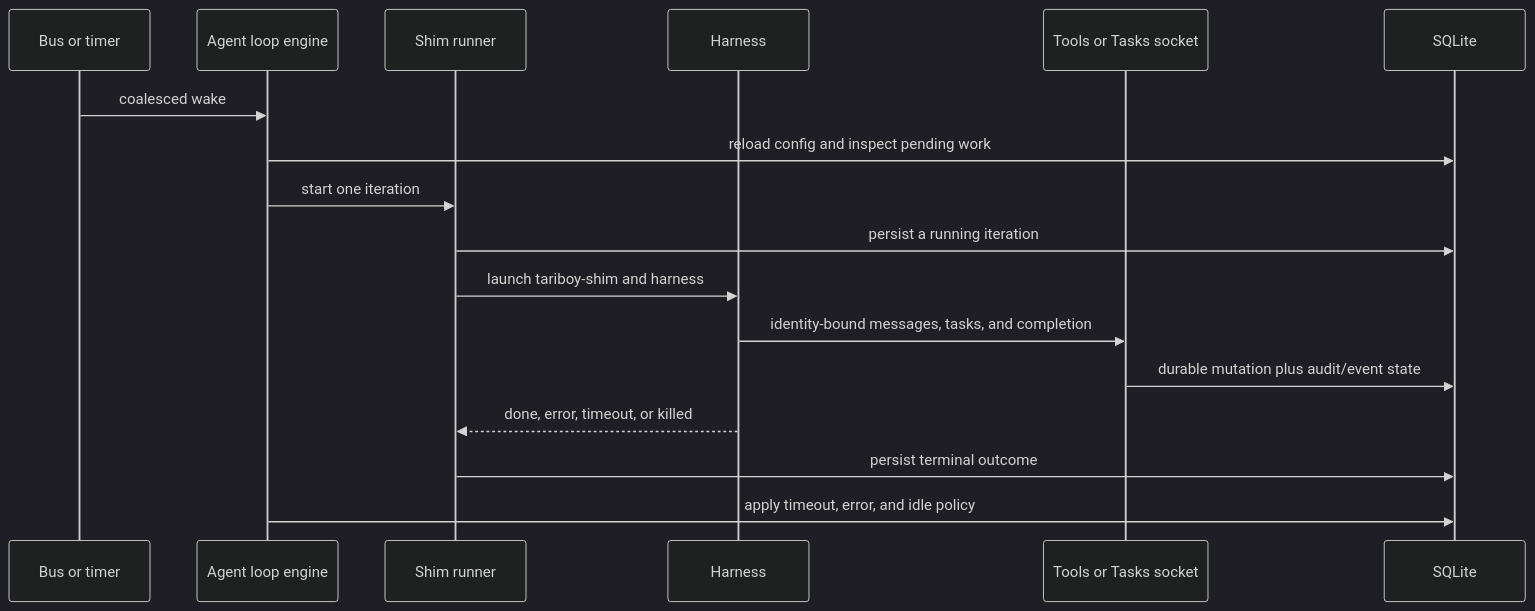
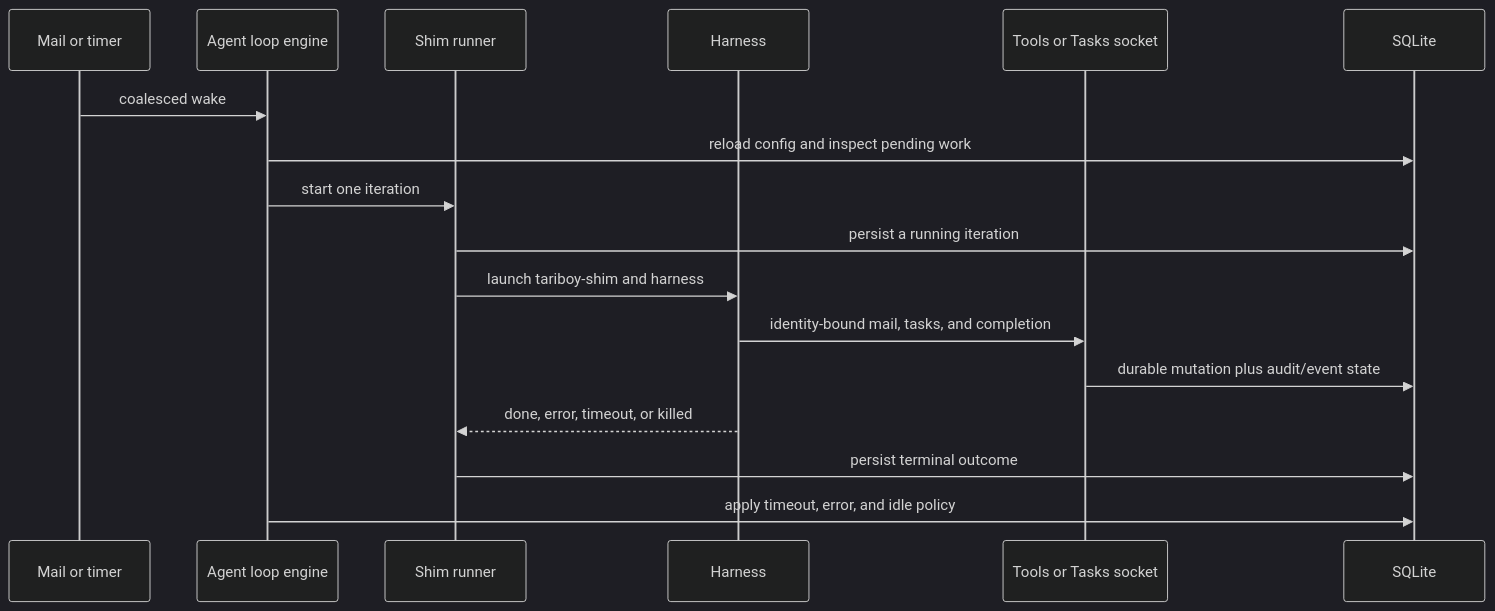
The third of 4 diagrams in docs/docs/architecture/index.mdx (alekzonder/tariboy), drawn with Mermaid (dark theme) before and after one commit. The commit also changed other lines of this file and 31 other files, not shown here.

````diff
--- a/docs/docs/architecture/index.mdx
+++ b/docs/docs/architecture/index.mdx
@@ -264,20 +264,20 @@
 ```mermaid
 sequenceDiagram
-  participant B as Bus or timer
+  participant B as Mail or timer
   participant E as Agent loop engine
   participant R as Shim runner
   participant H as Harness
   participant T as Tools or Tasks socket
   participant DB as SQLite
 
   B->>E: coalesced wake
   E->>DB: reload config and inspect pending work
   E->>R: start one iteration
   R->>DB: persist a running iteration
   R->>H: launch tariboy-shim and harness
-  H->>T: identity-bound messages, tasks, and completion
+  H->>T: identity-bound mail, tasks, and completion
   T->>DB: durable mutation plus audit/event state
   H-->>R: done, error, timeout, or killed
   R->>DB: persist terminal outcome
   E->>DB: apply timeout, error, and idle policy
 ```
````
